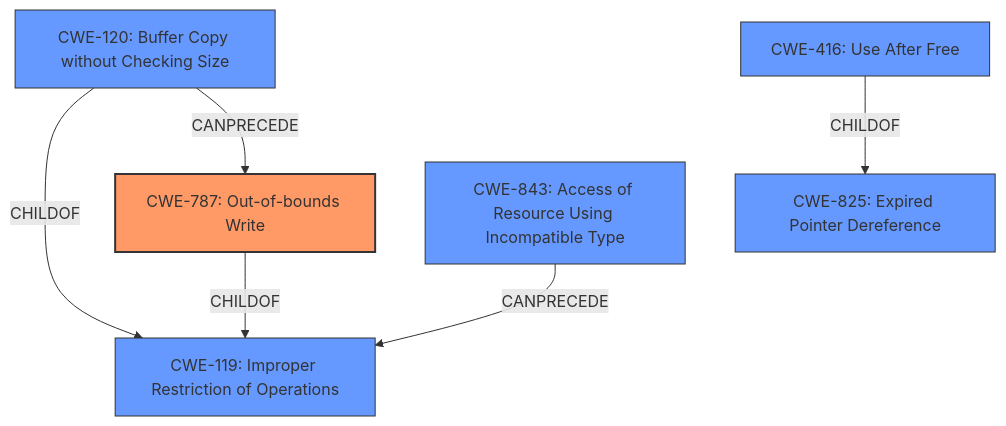
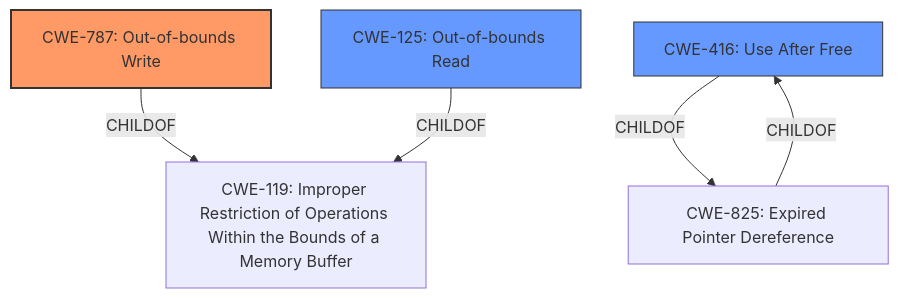
One commit to CyberSecAI/cwe_agent_assign_reports_2023 changed the diagram in CVE-2021-37976/CVE-2021-37976_analysis.md. Above: the diagram before and after it, drawn with Mermaid. The commit also changed other lines of this file and 902 other files, not shown here.

````diff
--- a/CVE-2021-37976/CVE-2021-37976_analysis.md
+++ b/CVE-2021-37976/CVE-2021-37976_analysis.md
@@ -19,21 +18,19 @@
 ```mermaid
 graph TD
     cwe787["CWE-787: Out-of-bounds Write"]
-    cwe119["CWE-119: Improper Restriction of Operations"]
-    cwe120["CWE-120: Buffer Copy without Checking Size"]
+    cwe125["CWE-125: Out-of-bounds Read"]
     cwe416["CWE-416: Use After Free"]
-    cwe825["CWE-825: Expired Pointer Dereference"]
-    cwe843["CWE-843: Access of Resource Using Incompatible Type"]
+    cwe119["CWE-119: Improper Restriction of Operations Within the Bounds of a Memory Buffer"]
 
     cwe787 -->|CHILDOF| cwe119
-    cwe120 -->|CHILDOF| cwe119
-    cwe120 -->|CANPRECEDE| cwe787
+    cwe125 -->|CHILDOF| cwe119
     cwe416 -->|CHILDOF| cwe825
-    cwe843 -->|CANPRECEDE| cwe119
-
+    cwe825["CWE-825: Expired Pointer Dereference"]
+    cwe825 -->|CHILDOF| cwe416
+    
     classDef primary fill:#f96,stroke:#333,stroke-width:2px
     classDef secondary fill:#69f,stroke:#333
     classDef tertiary fill:#9e9,stroke:#333
     class cwe787 primary
-    class cwe119,cwe120,cwe416,cwe825,cwe843 secondary
+    class cwe125,cwe416 secondary
 ```
````
